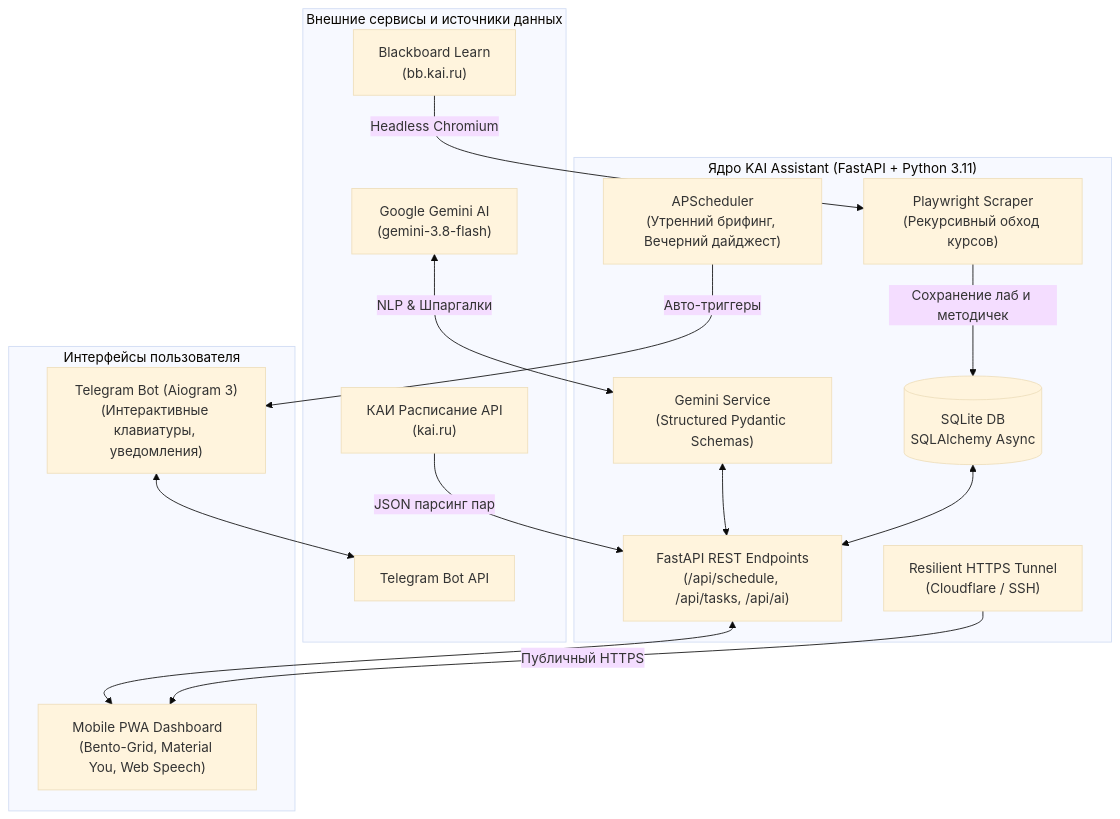
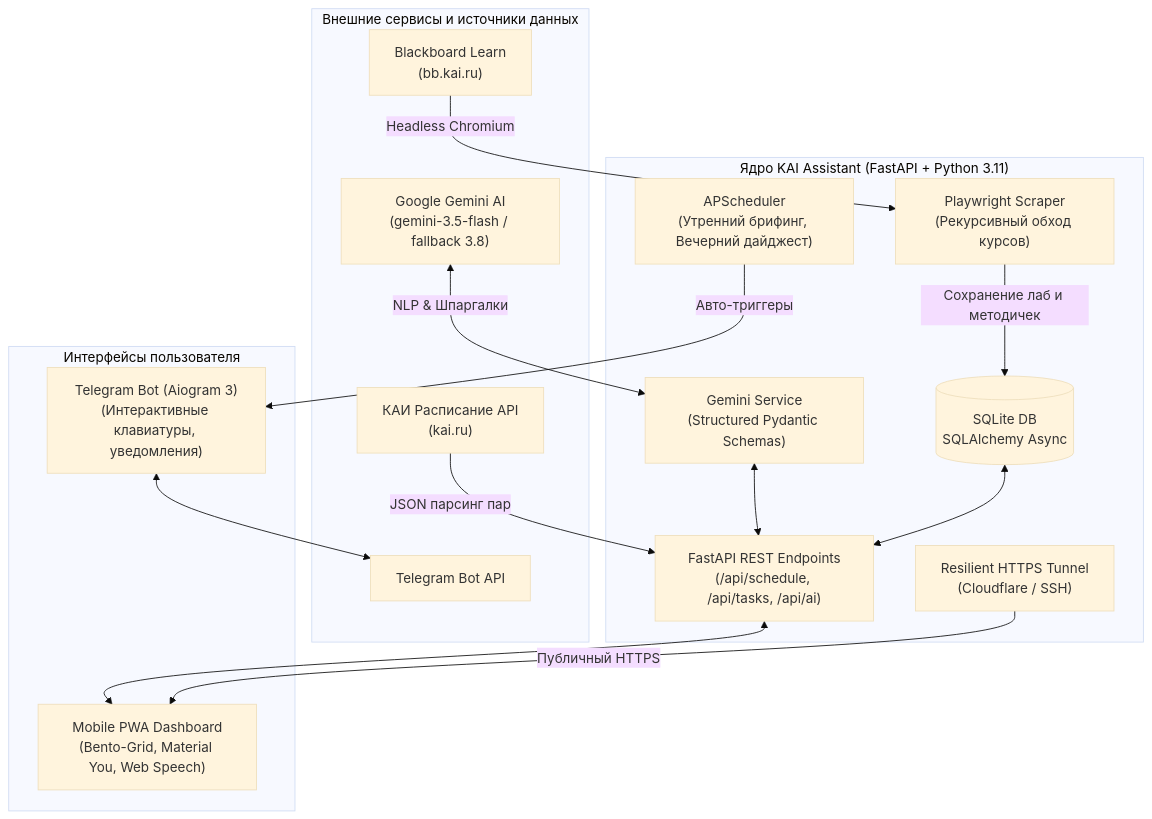
Before and after one commit to dxusx/kai-student-os: the diagram in README.md, drawn with Mermaid (base theme). The commit also changed other lines of this file and 21 other files, not shown here.

````diff
--- a/README.md
+++ b/README.md
@@ -79,34 +83,34 @@
 ```mermaid
 flowchart TD
     subgraph External ["Внешние сервисы и источники данных"]
         KAI["КАИ Расписание API<br/>(kai.ru)"]
         BB["Blackboard Learn<br/>(bb.kai.ru)"]
-        GEMINI["Google Gemini AI<br/>(gemini-3.8-flash)"]
+        GEMINI["Google Gemini AI<br/>(gemini-3.5-flash / fallback 3.8)"]
         TG_API["Telegram Bot API"]
     end
 
     subgraph Backend ["Ядро KAI Assistant (FastAPI + Python 3.11)"]
         SCHED["APScheduler<br/>(Утренний брифинг, Вечерний дайджест)"]
         CRAWLER["Playwright Scraper<br/>(Рекурсивный обход курсов)"]
         AI_SVC["Gemini Service<br/>(Structured Pydantic Schemas)"]
         TUNNEL["Resilient HTTPS Tunnel<br/>(Cloudflare / SSH)"]
         DB[(SQLite DB<br/>SQLAlchemy Async)]
         API["FastAPI REST Endpoints<br/>(/api/schedule, /api/tasks, /api/ai)"]
     end
 
     subgraph Frontend ["Интерфейсы пользователя"]
         PWA["Mobile PWA Dashboard<br/>(Bento-Grid, Material You, Web Speech)"]
         BOT["Telegram Bot (Aiogram 3)<br/>(Интерактивные клавиатуры, уведомления)"]
     end
 
     KAI -->|JSON парсинг пар| API
     BB -->|Headless Chromium| CRAWLER
     CRAWLER -->|Сохранение лаб и методичек| DB
     GEMINI <-->|NLP & Шпаргалки| AI_SVC
     AI_SVC <--> API
     DB <--> API
     SCHED -->|Авто-триггеры| BOT
     API <--> PWA
     BOT <--> TG_API
     TUNNEL -->|Публичный HTTPS| PWA
 ```
````
